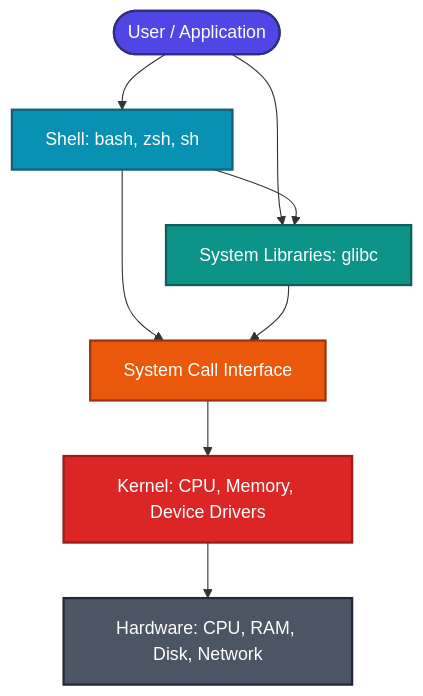
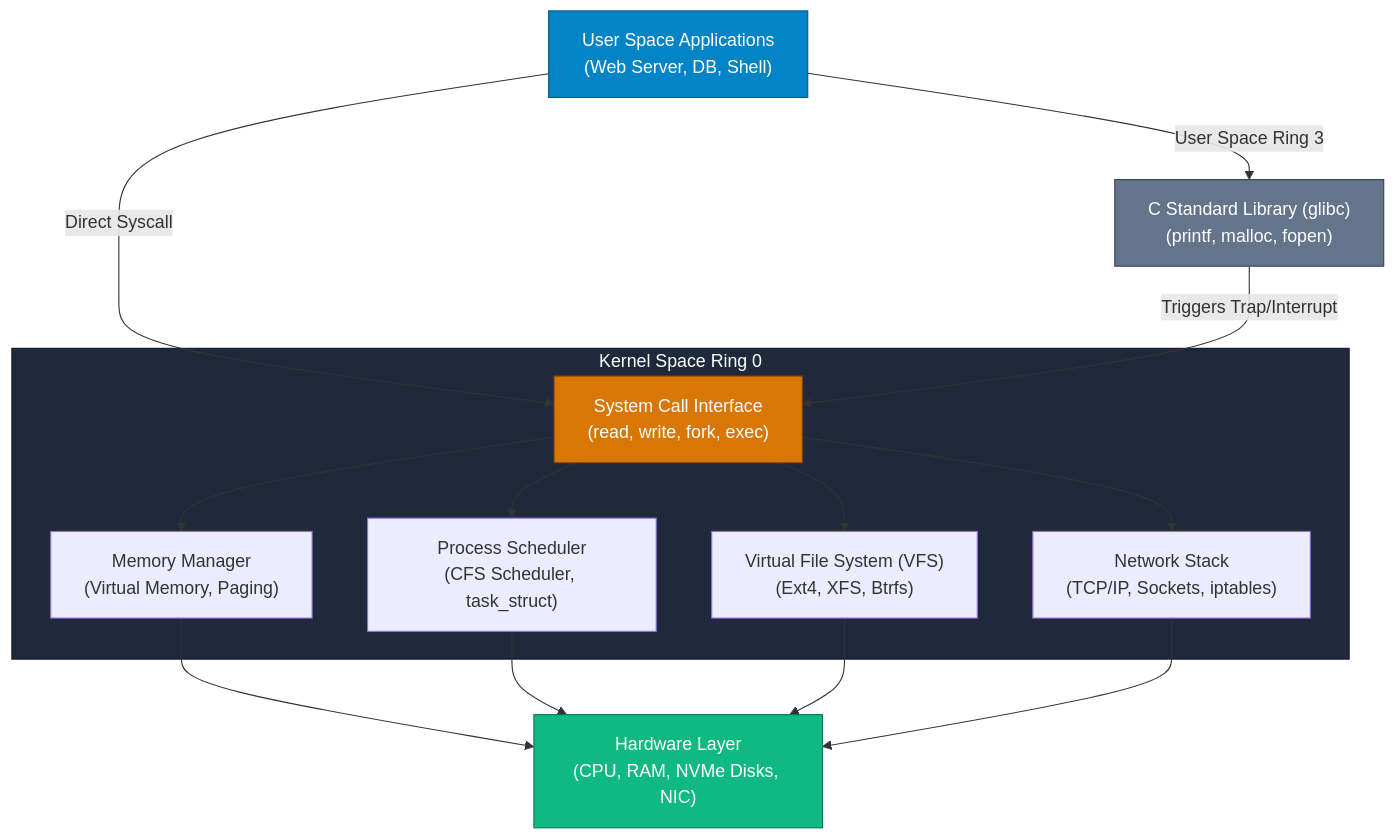
Before and after one commit to kamranxdev/kdev-notes: the diagram in content/docs/unix-linux/index.mdx, drawn with Mermaid. The commit also changed other lines of this file and 17 other files, not shown here.

````diff
--- a/content/docs/unix-linux/index.mdx
+++ b/content/docs/unix-linux/index.mdx
@@ -13,17 +25,24 @@
 ```mermaid
 graph TD
-    User([User / Application]) --> Shell[Shell: bash, zsh, sh]
-    User --> LibC[System Libraries: glibc]
-    Shell --> LibC
-    Shell --> SysCall[System Call Interface]
-    LibC --> SysCall
-    SysCall --> Kernel[Kernel: CPU, Memory, Device Drivers]
-    Kernel --> Hardware[Hardware: CPU, RAM, Disk, Network]
+    UserApps["User Space Applications\n(Web Server, DB, Shell)"] -->|User Space Ring 3| LibC["C Standard Library (glibc)\n(printf, malloc, fopen)"]
+    UserApps -->|Direct Syscall| SyscallInterface["System Call Interface\n(read, write, fork, exec)"]
+    LibC -->|Triggers Trap/Interrupt| SyscallInterface
     
-    style User fill:#4f46e5,stroke:#312e81,stroke-width:2px,color:#fff
-    style Shell fill:#0891b2,stroke:#155e75,stroke-width:2px,color:#fff
-    style LibC fill:#0d9488,stroke:#115e59,stroke-width:2px,color:#fff
-    style SysCall fill:#ea580c,stroke:#9a3412,stroke-width:2px,color:#fff
-    style Kernel fill:#dc2626,stroke:#991b1b,stroke-width:2px,color:#fff
-    style Hardware fill:#4b5563,stroke:#1f2937,stroke-width:2px,color:#fff
+    subgraph KernelSpace [Kernel Space Ring 0]
+        SyscallInterface --> MemoryManager["Memory Manager\n(Virtual Memory, Paging)"]
+        SyscallInterface --> ProcessScheduler["Process Scheduler\n(CFS Scheduler, task_struct)"]
+        SyscallInterface --> VFS["Virtual File System (VFS)\n(Ext4, XFS, Btrfs)"]
+        SyscallInterface --> NetworkStack["Network Stack\n(TCP/IP, Sockets, iptables)"]
+    end
+
+    MemoryManager --> Hardware["Hardware Layer\n(CPU, RAM, NVMe Disks, NIC)"]
+    ProcessScheduler --> Hardware
+    VFS --> Hardware
+    NetworkStack --> Hardware
+
+    style UserApps fill:#0284c7,stroke:#075985,color:#fff
+    style LibC fill:#64748b,stroke:#334155,color:#fff
+    style SyscallInterface fill:#d97706,stroke:#92400e,color:#fff
+    style KernelSpace fill:#1e293b,stroke:#0f172a,color:#fff
+    style Hardware fill:#10b981,stroke:#047857,color:#fff
 ```
````
